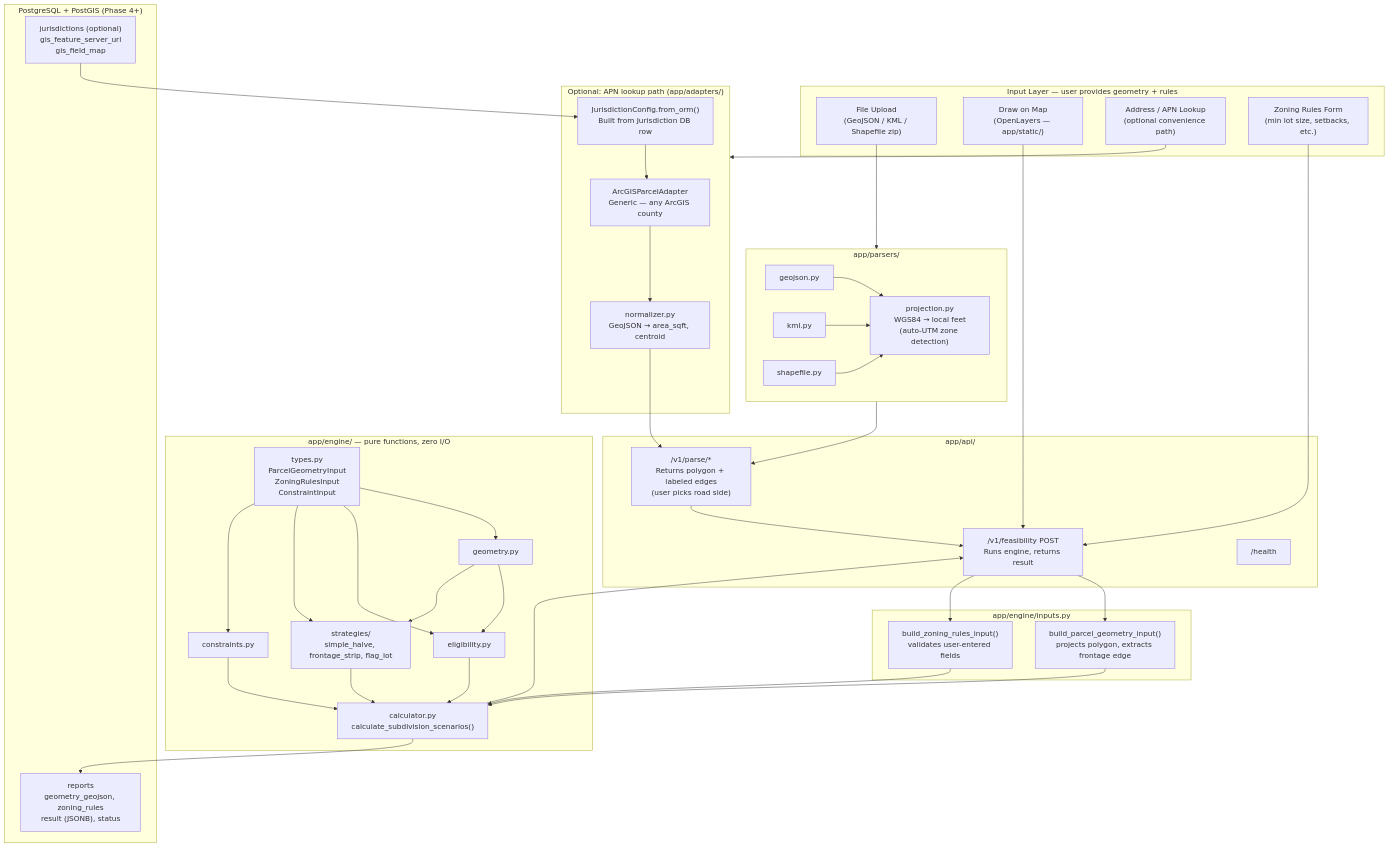
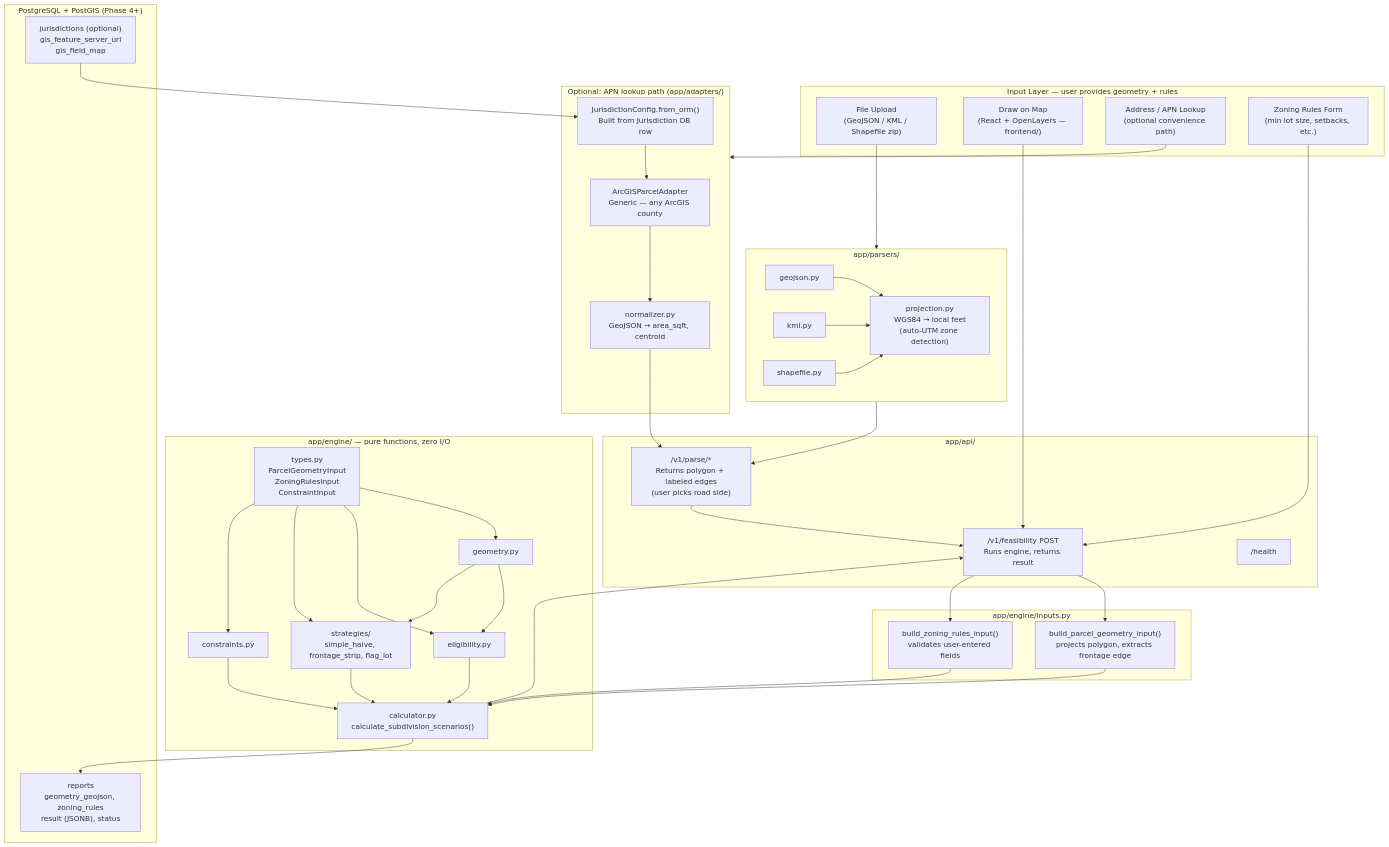
The first of 6 diagrams in docs/architecture.md (hartc17/lot-split-feasibility), drawn with Mermaid before and after one commit. The commit also changed other lines of this file and 15 other files, not shown here.

````diff
--- a/docs/architecture.md
+++ b/docs/architecture.md
@@ -5,81 +5,81 @@
 ```mermaid
 flowchart TB
     subgraph Input["Input Layer — user provides geometry + rules"]
         UPLOAD["File Upload\n(GeoJSON / KML / Shapefile zip)"]
-        DRAW["Draw on Map\n(OpenLayers — app/static/)"]
+        DRAW["Draw on Map\n(React + OpenLayers — frontend/)"]
         APN["Address / APN Lookup\n(optional convenience path)"]
         FORM["Zoning Rules Form\n(min lot size, setbacks, etc.)"]
     end
 
     subgraph Parsers["app/parsers/"]
         PGJ["geojson.py"]
         PKML["kml.py"]
         PSHP["shapefile.py"]
         PROJ["projection.py\nWGS84 → local feet\n(auto-UTM zone detection)"]
 
         PGJ --> PROJ
         PKML --> PROJ
         PSHP --> PROJ
     end
 
     subgraph API["app/api/"]
         PARSE["/v1/parse/*\nReturns polygon + labeled edges\n(user picks road side)"]
         FEAS["/v1/feasibility POST\nRuns engine, returns result"]
         HEALTH["/health"]
     end
 
     subgraph EngineInputs["app/engine/inputs.py"]
         BPG["build_parcel_geometry_input()\nprojects polygon, extracts frontage edge"]
         BZR["build_zoning_rules_input()\nvalidates user-entered fields"]
     end
 
     subgraph Engine["app/engine/  — pure functions, zero I/O"]
         T["types.py\nParcelGeometryInput\nZoningRulesInput\nConstraintInput"]
         G["geometry.py"]
         EL["eligibility.py"]
         STRAT["strategies/\nsimple_halve, frontage_strip, flag_lot"]
         CN["constraints.py"]
         CA["calculator.py\ncalculate_subdivision_scenarios()"]
 
         T --> G
         T --> EL
         T --> STRAT
         T --> CN
         EL --> CA
         STRAT --> CA
         CN --> CA
         G --> EL
         G --> STRAT
     end
 
     subgraph OptionalAPN["Optional: APN lookup path (app/adapters/)"]
         ARC["ArcGISParcelAdapter\nGeneric — any ArcGIS county"]
         NORM["normalizer.py\nGeoJSON → area_sqft, centroid"]
         CFG["JurisdictionConfig.from_orm()\nBuilt from Jurisdiction DB row"]
         CFG --> ARC
         ARC --> NORM
     end
 
     subgraph DB["PostgreSQL + PostGIS (Phase 4+)"]
         REPORTS["reports\ngeometry_geojson, zoning_rules\nresult (JSONB), status"]
         JURISDICTIONS["jurisdictions (optional)\ngis_feature_server_url\ngis_field_map"]
         JURISDICTIONS --> CFG
     end
 
     UPLOAD --> Parsers
     DRAW --> FEAS
     APN --> OptionalAPN
     NORM --> PARSE
 
     Parsers --> PARSE
     PARSE --> FEAS
     FORM --> FEAS
 
     FEAS --> BPG
     FEAS --> BZR
     BPG --> CA
     BZR --> CA
 
     CA --> REPORTS
     CA --> FEAS
 ```
````
